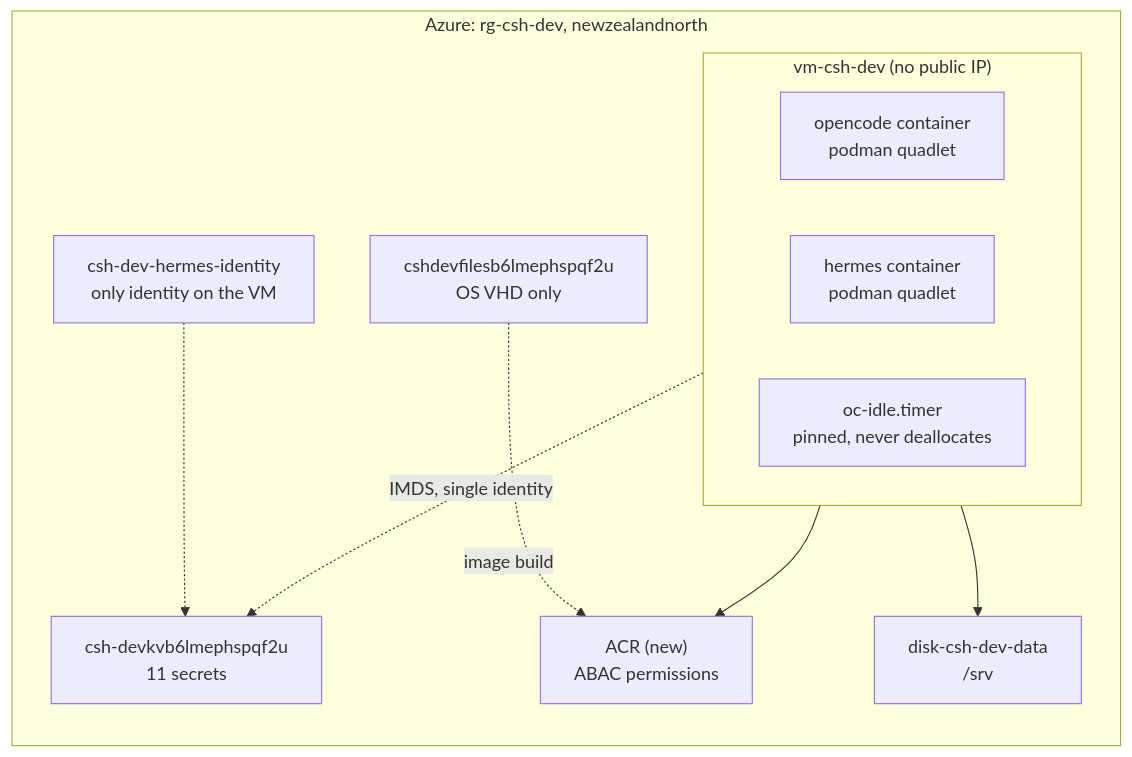
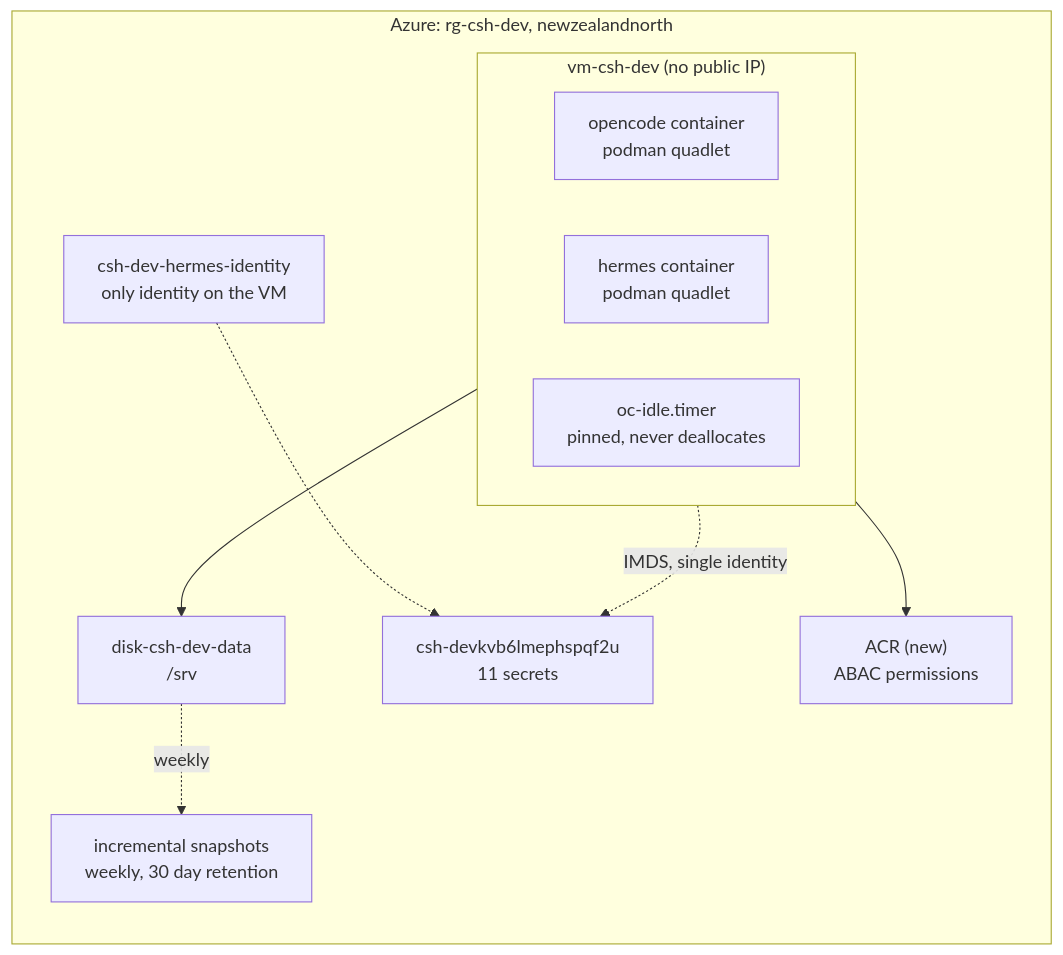
The first of 2 diagrams in docs/deployment-plan.md (ultus-net/devbox-oc), drawn with Mermaid before and after one commit. The commit also changed other lines of this file and 1 other file, not shown here.

````diff
--- a/docs/deployment-plan.md
+++ b/docs/deployment-plan.md
@@ -75,20 +88,20 @@
 ```mermaid
 flowchart LR
   subgraph AZ["Azure: rg-csh-dev, newzealandnorth"]
     subgraph VM["vm-csh-dev (no public IP)"]
       OC["opencode container<br/>podman quadlet"]
       HM["hermes container<br/>podman quadlet"]
       IDLE["oc-idle.timer<br/>pinned, never deallocates"]
     end
     DD["disk-csh-dev-data<br/>/srv"]
     KV["csh-devkvb6lmephspqf2u<br/>11 secrets"]
     ID["csh-dev-hermes-identity<br/>only identity on the VM"]
     ACR["ACR (new)<br/>ABAC permissions"]
-    ST["cshdevfilesb6lmephspqf2u<br/>OS VHD only"]
+    SNAP["incremental snapshots<br/>weekly, 30 day retention"]
   end
   VM --> DD
+  DD -.->|"weekly"| SNAP
   VM -.->|"IMDS, single identity"| KV
   ID -.-> KV
   VM --> ACR
-  ST -.->|"image build"| ACR
 ```
````
